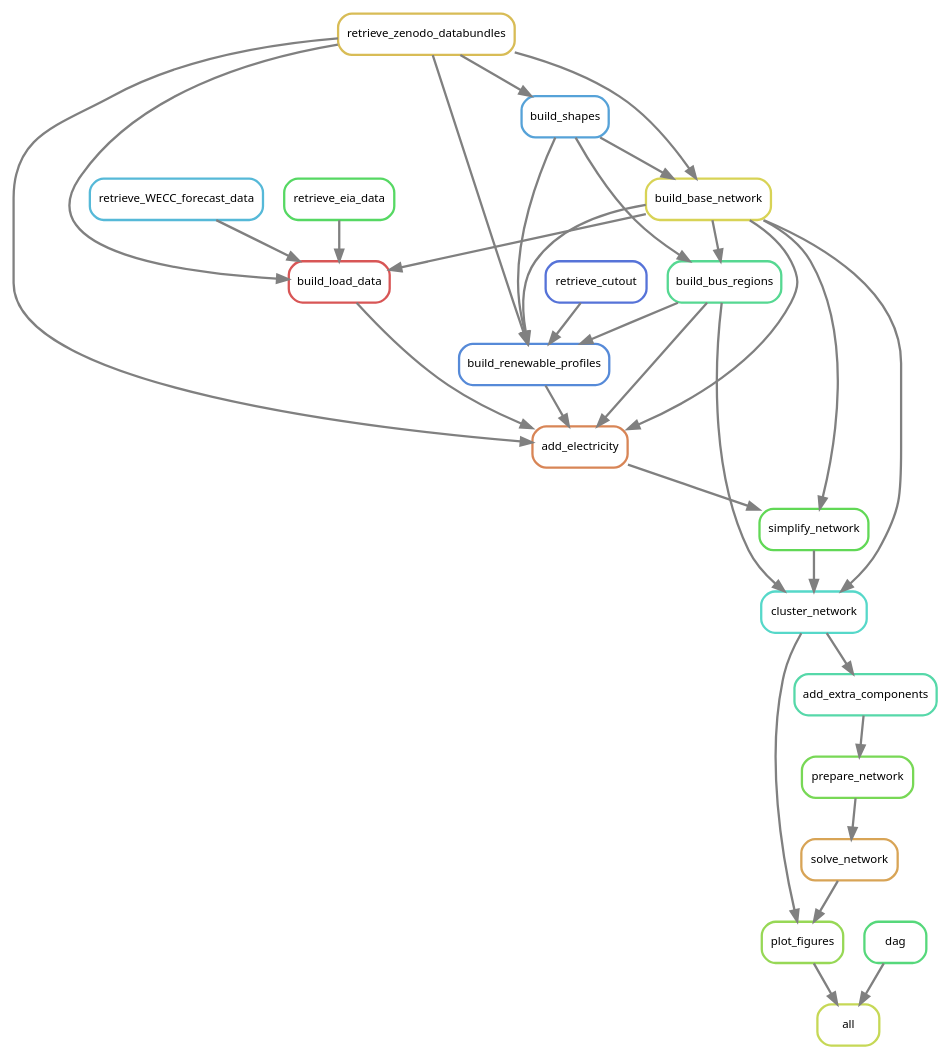
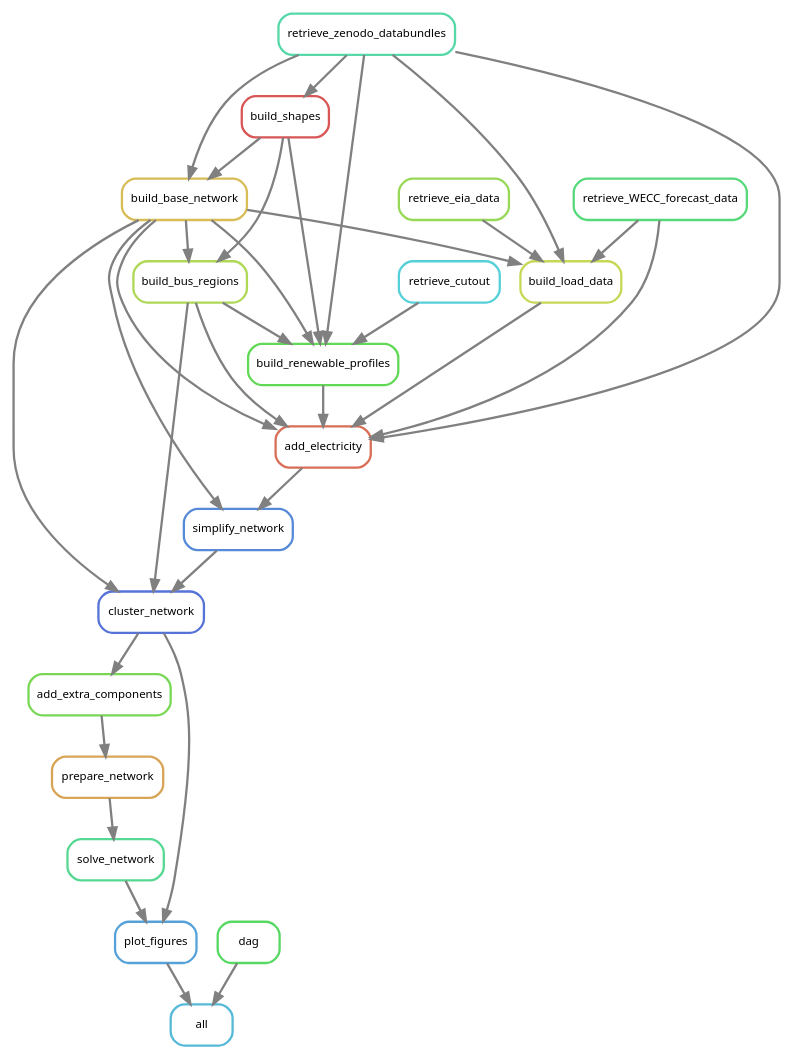
Before and after one commit to PyPSA/pypsa-usa: the diagram in workflow/repo_data/dag.dot, drawn with Graphviz. The commit also changed 11 other files, not shown here.

```diff
--- a/workflow/repo_data/dag.dot
+++ b/workflow/repo_data/dag.dot
@@ -1,54 +1,55 @@
 digraph snakemake_dag {
     graph[bgcolor=white, margin=0];
     node[shape=box, style=rounded, fontname=sans,                 fontsize=10, penwidth=2];
     edge[penwidth=2, color=grey];
-	0[label = "all", color = "0.19 0.6 0.85", style="rounded"];
-	1[label = "plot_figures", color = "0.25 0.6 0.85", style="rounded"];
-	2[label = "solve_network", color = "0.10 0.6 0.85", style="rounded"];
-	3[label = "prepare_network", color = "0.29 0.6 0.85", style="rounded"];
-	4[label = "add_extra_components", color = "0.44 0.6 0.85", style="rounded"];
-	5[label = "cluster_network", color = "0.48 0.6 0.85", style="rounded"];
-	6[label = "simplify_network", color = "0.32 0.6 0.85", style="rounded"];
-	7[label = "build_base_network", color = "0.16 0.6 0.85", style="rounded"];
-	8[label = "retrieve_zenodo_databundles", color = "0.13 0.6 0.85", style="rounded"];
-	9[label = "build_shapes", color = "0.57 0.6 0.85", style="rounded"];
-	10[label = "add_electricity", color = "0.06 0.6 0.85", style="rounded"];
-	11[label = "build_renewable_profiles", color = "0.60 0.6 0.85", style="rounded"];
-	12[label = "build_bus_regions", color = "0.41 0.6 0.85", style="rounded"];
-	13[label = "retrieve_cutout", color = "0.63 0.6 0.85", style="rounded"];
-	14[label = "build_load_data", color = "0.00 0.6 0.85", style="rounded"];
-	15[label = "retrieve_WECC_forecast_data", color = "0.54 0.6 0.85", style="rounded"];
-	16[label = "retrieve_eia_data", color = "0.35 0.6 0.85", style="rounded"];
-	17[label = "dag", color = "0.38 0.6 0.85", style="rounded"];
+	0[label = "all", color = "0.54 0.6 0.85", style="rounded"];
+	1[label = "plot_figures", color = "0.57 0.6 0.85", style="rounded"];
+	2[label = "solve_network", color = "0.41 0.6 0.85", style="rounded"];
+	3[label = "prepare_network", color = "0.10 0.6 0.85", style="rounded"];
+	4[label = "add_extra_components", color = "0.29 0.6 0.85", style="rounded"];
+	5[label = "cluster_network", color = "0.63 0.6 0.85", style="rounded"];
+	6[label = "simplify_network", color = "0.60 0.6 0.85", style="rounded"];
+	7[label = "build_base_network", color = "0.13 0.6 0.85", style="rounded"];
+	8[label = "retrieve_zenodo_databundles", color = "0.44 0.6 0.85", style="rounded"];
+	9[label = "build_shapes", color = "0.00 0.6 0.85", style="rounded"];
+	10[label = "add_electricity", color = "0.03 0.6 0.85", style="rounded"];
+	11[label = "build_renewable_profiles", color = "0.32 0.6 0.85", style="rounded"];
+	12[label = "build_bus_regions", color = "0.22 0.6 0.85", style="rounded"];
+	13[label = "retrieve_cutout", color = "0.51 0.6 0.85", style="rounded"];
+	14[label = "build_load_data", color = "0.19 0.6 0.85", style="rounded"];
+	15[label = "retrieve_WECC_forecast_data", color = "0.38 0.6 0.85", style="rounded"];
+	16[label = "retrieve_eia_data", color = "0.25 0.6 0.85", style="rounded"];
+	17[label = "dag", color = "0.35 0.6 0.85", style="rounded"];
 	17 -> 0
 	1 -> 0
+	2 -> 1
 	5 -> 1
-	2 -> 1
 	3 -> 2
 	4 -> 3
 	5 -> 4
 	7 -> 5
 	12 -> 5
 	6 -> 5
 	7 -> 6
 	10 -> 6
+	8 -> 7
 	9 -> 7
-	8 -> 7
 	8 -> 9
+	14 -> 10
+	11 -> 10
+	15 -> 10
 	7 -> 10
-	11 -> 10
+	8 -> 10
 	12 -> 10
-	14 -> 10
-	8 -> 10
+	9 -> 11
+	13 -> 11
 	7 -> 11
 	8 -> 11
-	9 -> 11
 	12 -> 11
-	13 -> 11
 	7 -> 12
 	9 -> 12
 	7 -> 14
+	15 -> 14
 	16 -> 14
 	8 -> 14
-	15 -> 14
 }            
```
